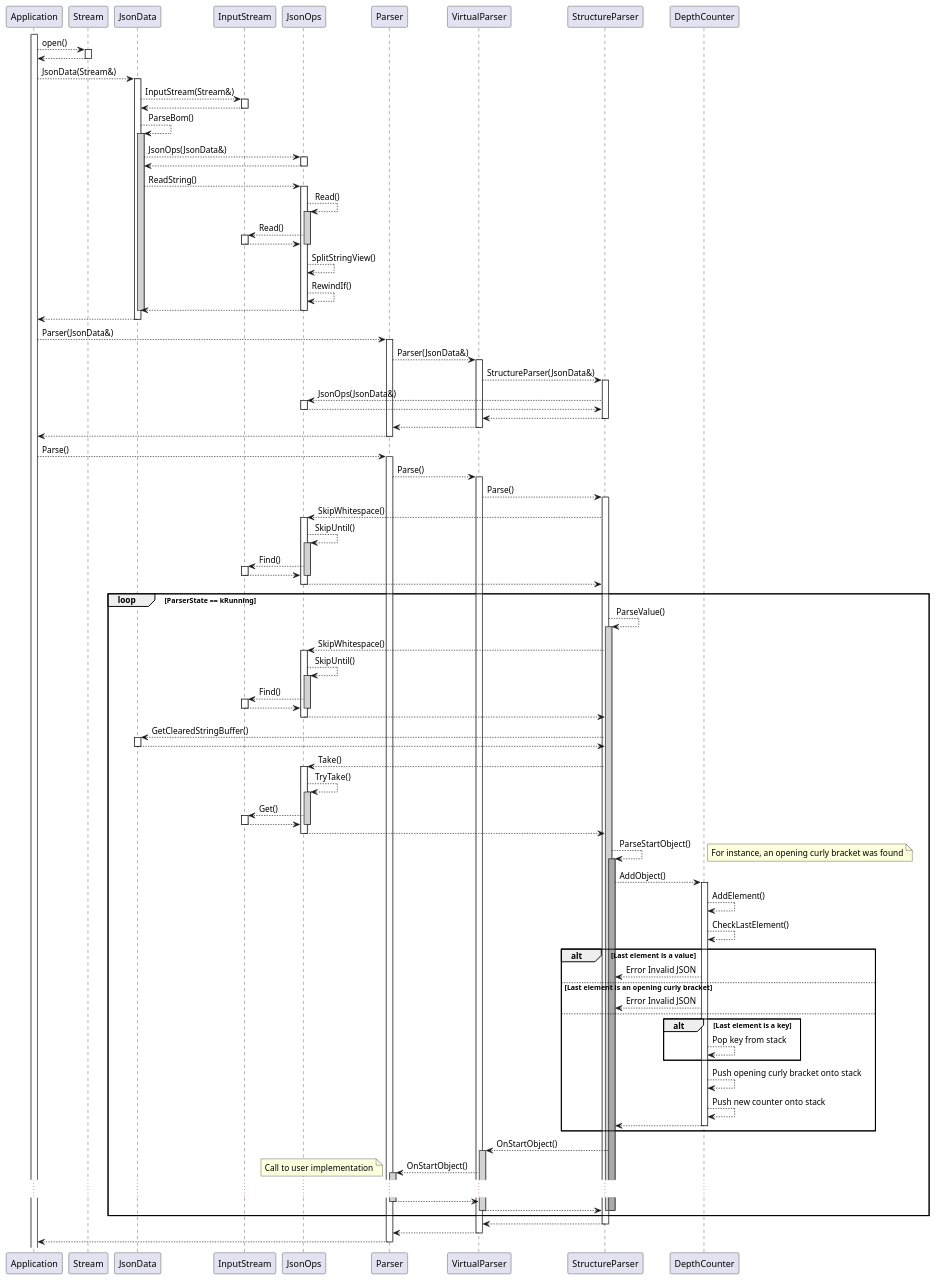
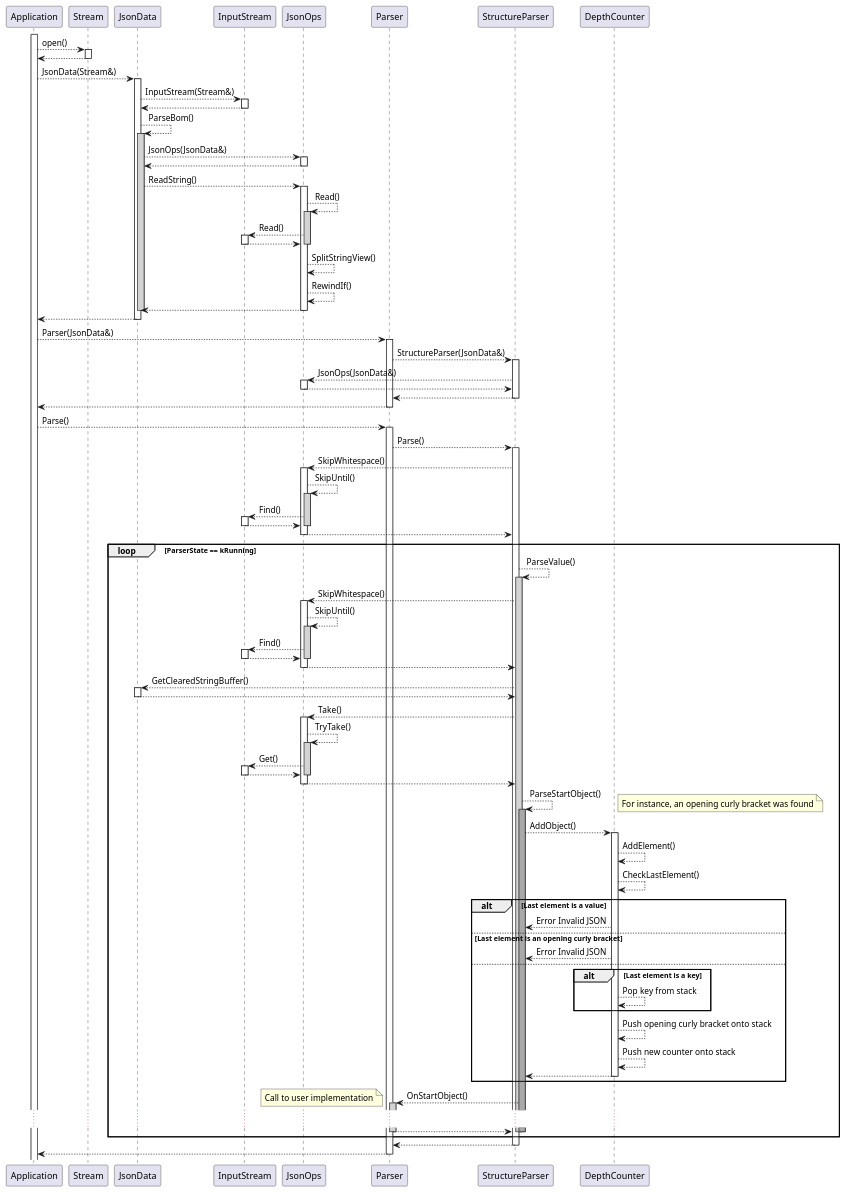
One commit to eclipse-score/baselibs changed the diagram in score/json/docs/vajson/detailed_design/functional/diagrams/sequences.puml. Above: the diagram before and after it, drawn with PlantUML. The commit also changed 3 other files, not shown here.

First line of the commit message:
json parser: update the vaJson reader design docs

```diff
--- a/score/json/docs/vajson/detailed_design/functional/diagrams/sequences.puml
+++ b/score/json/docs/vajson/detailed_design/functional/diagrams/sequences.puml
@@ -1,185 +1,167 @@
 @startuml
 activate Application
 Application --> Stream : open()
 
 activate Stream
 Stream --> Application
 deactivate Stream
 
 Application --> JsonData : JsonData(Stream&)
 
 activate JsonData
 JsonData --> InputStream : InputStream(Stream&)
 
 activate InputStream
 InputStream --> JsonData
 deactivate InputStream
 
 JsonData --> JsonData : ParseBom()
 activate JsonData #LightGrey
 
 JsonData --> JsonOps : JsonOps(JsonData&)
 
 activate JsonOps
 JsonOps --> JsonData
 deactivate JsonOps
 
 JsonData --> JsonOps : ReadString()
 
 activate JsonOps
 JsonOps --> JsonOps : Read()
 
 activate JsonOps #LightGrey
 JsonOps --> InputStream : Read()
 
 activate InputStream
 InputStream --> JsonOps
 deactivate InputStream
 
 deactivate JsonOps
 
 JsonOps --> JsonOps : SplitStringView()
 JsonOps --> JsonOps : RewindIf()
 JsonOps --> JsonData
 deactivate JsonOps
 
 deactivate JsonData
 JsonData --> Application
 deactivate JsonData
 
 Application --> Parser : Parser(JsonData&)
 
 activate Parser
-Parser --> VirtualParser : Parser(JsonData&)
-
-activate VirtualParser
-VirtualParser --> StructureParser : StructureParser(JsonData&)
+Parser --> StructureParser : StructureParser(JsonData&)
 
 activate StructureParser
 StructureParser --> JsonOps : JsonOps(JsonData&)
 
 activate JsonOps
 JsonOps --> StructureParser
 deactivate JsonOps
 
-StructureParser --> VirtualParser
+StructureParser --> Parser
 deactivate StructureParser
-
-VirtualParser --> Parser
-deactivate VirtualParser
 
 Parser --> Application
 deactivate Parser
 
 Application --> Parser : Parse()
 
 activate Parser
-Parser --> VirtualParser : Parse()
-
-activate VirtualParser
-VirtualParser --> StructureParser : Parse()
+Parser --> StructureParser : Parse()
 
 activate StructureParser
 StructureParser --> JsonOps : SkipWhitespace()
 
 activate JsonOps
 JsonOps --> JsonOps : SkipUntil()
 activate JsonOps #LightGrey
 JsonOps --> InputStream : Find()
 
 activate InputStream
 InputStream --> JsonOps
 deactivate InputStream
 deactivate JsonOps
 
 JsonOps --> StructureParser
 deactivate JsonOps
 
 loop ParserState == kRunning
 StructureParser --> StructureParser : ParseValue()
 activate StructureParser #LightGrey
 
 StructureParser --> JsonOps : SkipWhitespace()
 
 activate JsonOps
 JsonOps --> JsonOps : SkipUntil()
 activate JsonOps #LightGrey
 JsonOps --> InputStream : Find()
 
 activate InputStream
 InputStream --> JsonOps
 deactivate InputStream
 deactivate JsonOps
 
 JsonOps --> StructureParser
 deactivate JsonOps
 
 StructureParser --> JsonData : GetClearedStringBuffer()
 activate JsonData
 JsonData --> StructureParser
 deactivate JsonData
 
 StructureParser --> JsonOps : Take()
 activate JsonOps
 
 JsonOps --> JsonOps : TryTake()
 activate JsonOps #LightGrey
 JsonOps --> InputStream : Get()
 activate InputStream
 InputStream --> JsonOps
 deactivate InputStream
 deactivate JsonOps
 
 JsonOps --> StructureParser
 deactivate JsonOps
 
 StructureParser --> StructureParser : ParseStartObject()
 activate StructureParser #DarkGray
 note right : For instance, an opening curly bracket was found
 
 StructureParser --> DepthCounter : AddObject()
 activate DepthCounter
 DepthCounter --> DepthCounter : AddElement()
 DepthCounter --> DepthCounter : CheckLastElement()
 alt Last element is a value
 DepthCounter --> StructureParser : Error Invalid JSON
 else Last element is an opening curly bracket
 DepthCounter --> StructureParser : Error Invalid JSON
 else
   alt Last element is a key
   DepthCounter --> DepthCounter : Pop key from stack
   end
   DepthCounter --> DepthCounter : Push opening curly bracket onto stack
   DepthCounter --> DepthCounter : Push new counter onto stack
   DepthCounter --> StructureParser
   deactivate DepthCounter
 end
 
-StructureParser --> VirtualParser : OnStartObject()
-
-activate VirtualParser #LightGrey
-VirtualParser --> Parser : OnStartObject()
+StructureParser --> Parser : OnStartObject()
 
 activate Parser #LightGrey
 note left : Call to user implementation
 ...
-Parser --> VirtualParser
+Parser --> StructureParser
 deactivate Parser
-
-VirtualParser --> StructureParser
-deactivate VirtualParser
 
 deactivate StructureParser
 deactivate StructureParser
 end
 
-StructureParser --> VirtualParser
+StructureParser --> Parser
 deactivate StructureParser
-
-VirtualParser --> Parser
-deactivate VirtualParser
 
 Parser --> Application
 deactivate Parser
 
 @enduml
```
